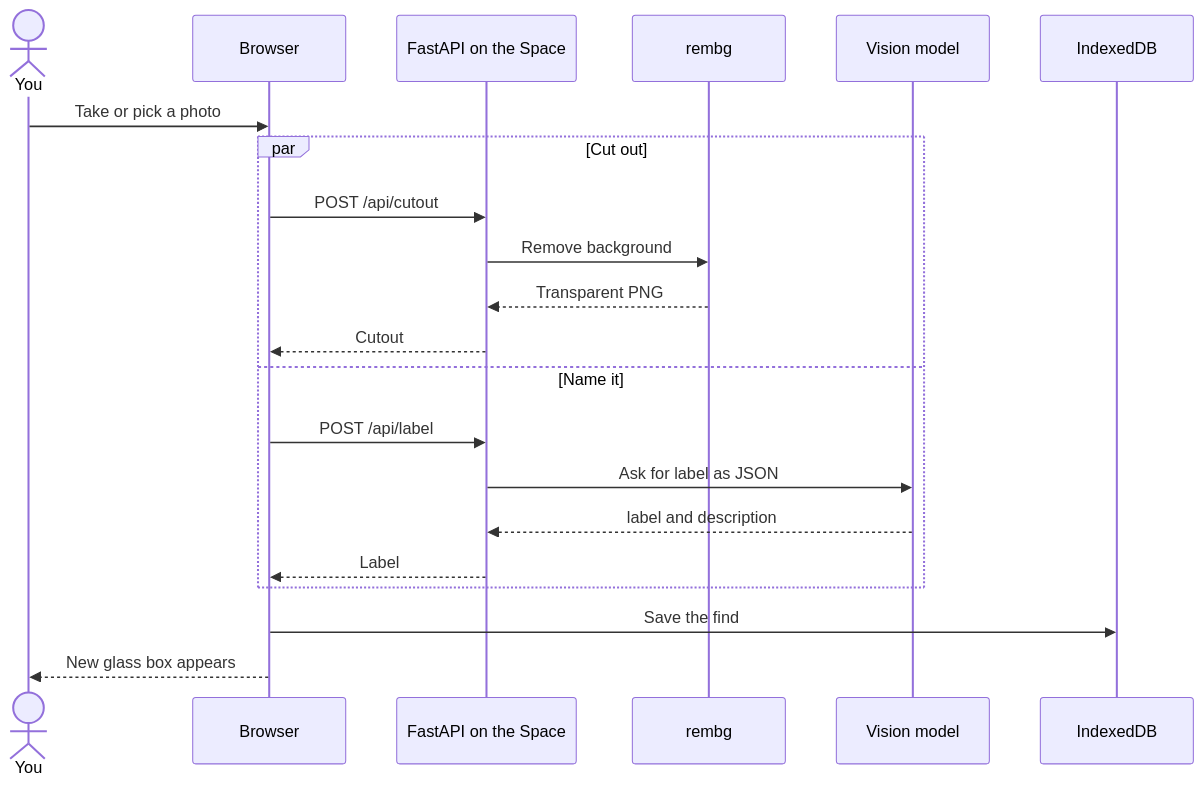
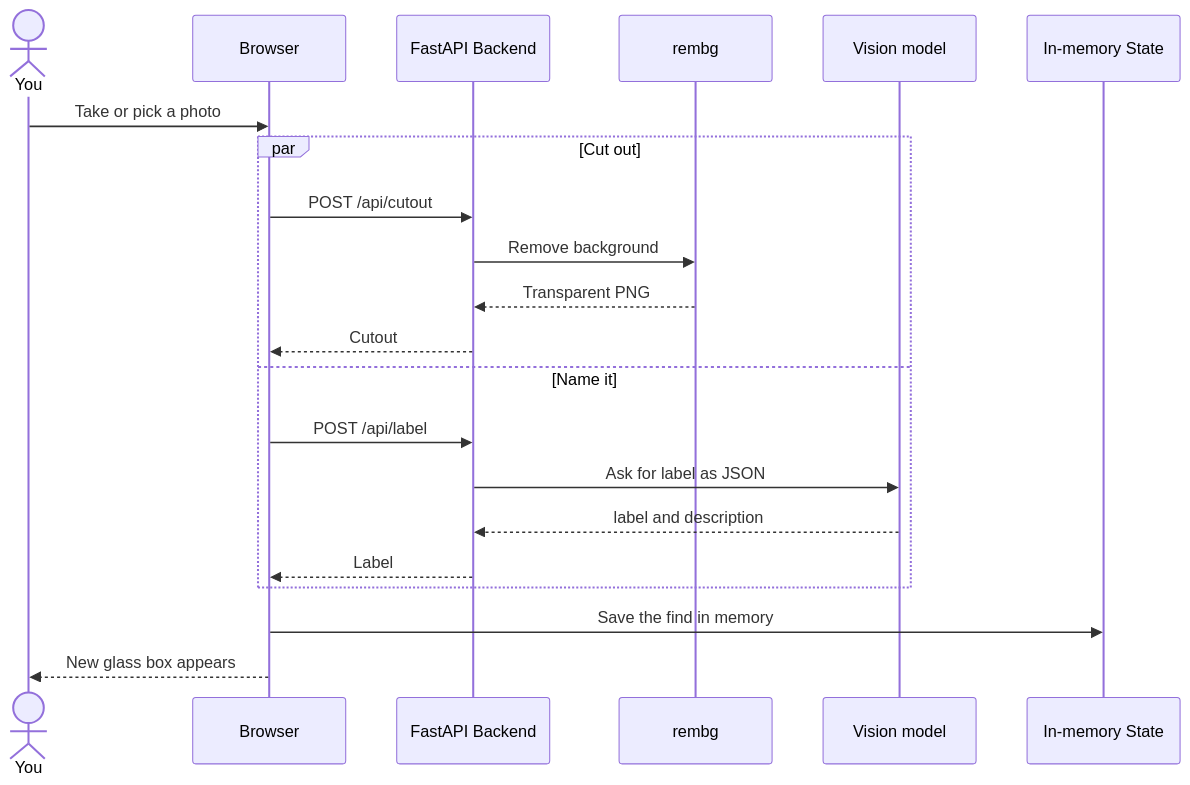
One commit to archangel2006/wayside changed the fourth of 8 diagrams in docs/diagrams.md. Above: the diagram before and after it, drawn with Mermaid. The commit also changed other lines of this file and 5 other files, not shown here.

````diff
--- a/docs/diagrams.md
+++ b/docs/diagrams.md
@@ -89,24 +89,24 @@
 ```mermaid
 sequenceDiagram
   actor U as You
   participant UI as Browser
-  participant API as FastAPI on the Space
+  participant API as FastAPI Backend
   participant R as rembg
   participant V as Vision model
-  participant DB as IndexedDB
+  participant MEM as In-memory State
 
   U->>UI: Take or pick a photo
   par Cut out
     UI->>API: POST /api/cutout
     API->>R: Remove background
     R-->>API: Transparent PNG
     API-->>UI: Cutout
   and Name it
     UI->>API: POST /api/label
     API->>V: Ask for label as JSON
     V-->>API: label and description
     API-->>UI: Label
   end
-  UI->>DB: Save the find
+  UI->>MEM: Save the find in memory
   UI-->>U: New glass box appears
 ```
````
